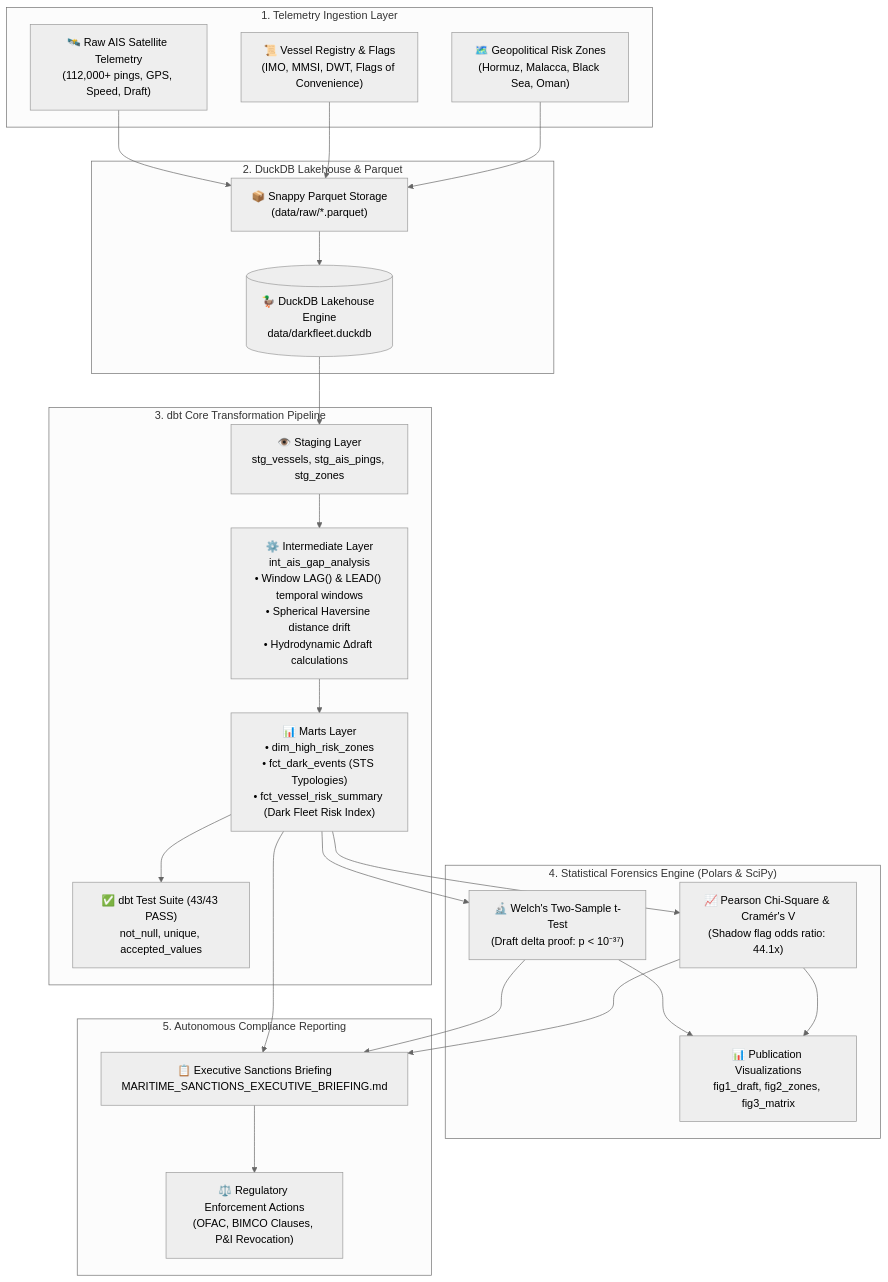
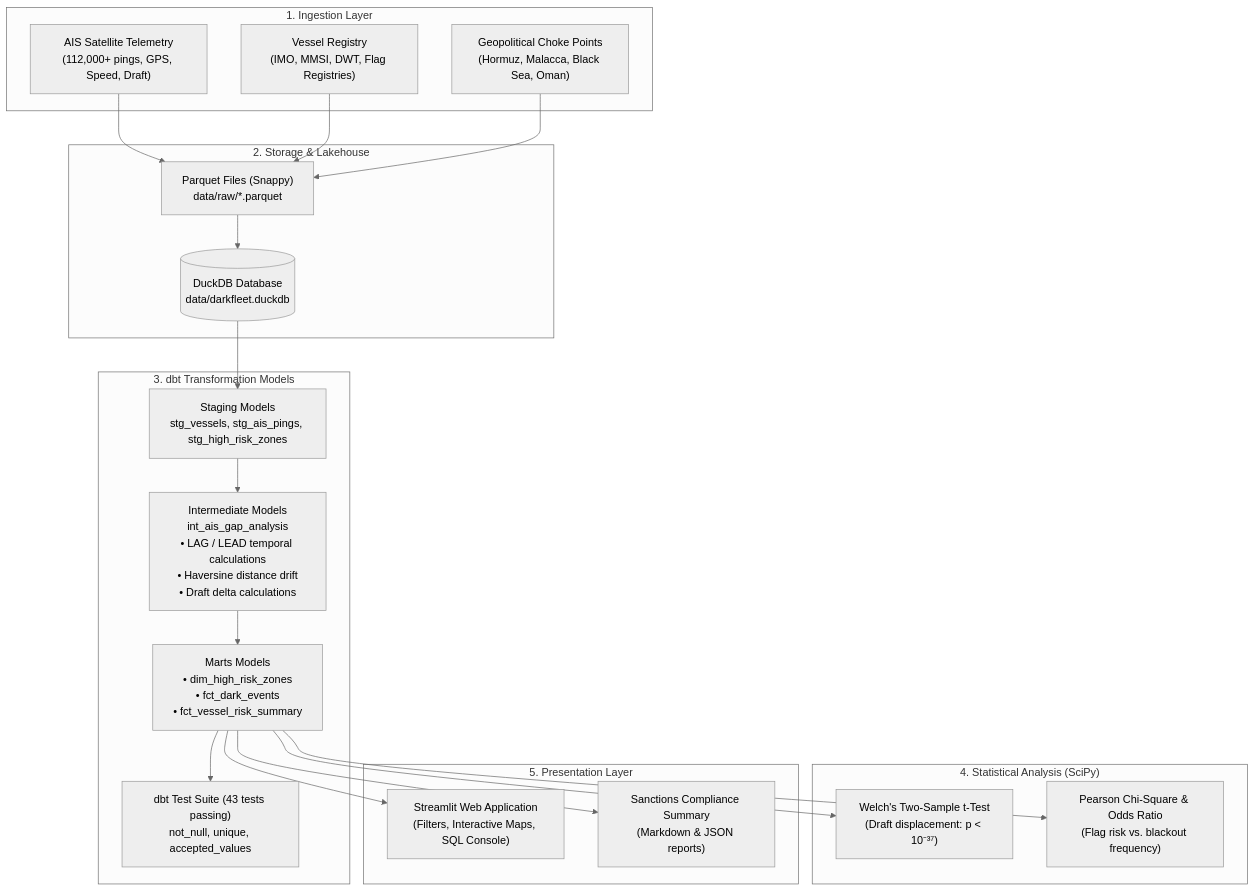
The diagram in README.md (ktkartik1234-lgtm/DarkFleet-IQ), drawn with Mermaid (neutral theme) before and after one commit. The commit also changed other lines of this file, not shown here.

````diff
--- a/README.md
+++ b/README.md
@@ -36,48 +33,43 @@
 ```mermaid
 flowchart TD
-    subgraph INGESTION ["1. Telemetry Ingestion Layer"]
-        A["🛰️ Raw AIS Satellite Telemetry<br/>(112,000+ pings, GPS, Speed, Draft)"]
-        B["📜 Vessel Registry & Flags<br/>(IMO, MMSI, DWT, Flags of Convenience)"]
-        C["🗺️ Geopolitical Risk Zones<br/>(Hormuz, Malacca, Black Sea, Oman)"]
+    subgraph INGESTION ["1. Ingestion Layer"]
+        A["AIS Satellite Telemetry<br/>(112,000+ pings, GPS, Speed, Draft)"]
+        B["Vessel Registry<br/>(IMO, MMSI, DWT, Flag Registries)"]
+        C["Geopolitical Choke Points<br/>(Hormuz, Malacca, Black Sea, Oman)"]
     end
 
-    subgraph LAKEHOUSE ["2. DuckDB Lakehouse & Parquet"]
-        D["📦 Snappy Parquet Storage<br/>(data/raw/*.parquet)"]
-        E[("🦆 DuckDB Lakehouse Engine<br/>data/darkfleet.duckdb")]
+    subgraph STORAGE ["2. Storage & Lakehouse"]
+        D["Parquet Files (Snappy)<br/>data/raw/*.parquet"]
+        E[("DuckDB Database<br/>data/darkfleet.duckdb")]
     end
 
-    subgraph DBT ["3. dbt Core Transformation Pipeline"]
-        F["👁️ Staging Layer<br/>stg_vessels, stg_ais_pings, stg_zones"]
-        G["⚙️ Intermediate Layer<br/>int_ais_gap_analysis<br/>• Window LAG() & LEAD() temporal windows<br/>• Spherical Haversine distance drift<br/>• Hydrodynamic Δdraft calculations"]
-        H["📊 Marts Layer<br/>• dim_high_risk_zones<br/>• fct_dark_events (STS Typologies)<br/>• fct_vessel_risk_summary (Dark Fleet Risk Index)"]
-        I["✅ dbt Test Suite (43/43 PASS)<br/>not_null, unique, accepted_values"]
+    subgraph DBT ["3. dbt Transformation Models"]
+        F["Staging Models<br/>stg_vessels, stg_ais_pings, stg_high_risk_zones"]
+        G["Intermediate Models<br/>int_ais_gap_analysis<br/>• LAG / LEAD temporal calculations<br/>• Haversine distance drift<br/>• Draft delta calculations"]
+        H["Marts Models<br/>• dim_high_risk_zones<br/>• fct_dark_events<br/>• fct_vessel_risk_summary"]
+        I["dbt Test Suite (43 tests passing)<br/>not_null, unique, accepted_values"]
     end
 
-    subgraph FORENSICS ["4. Statistical Forensics Engine (Polars & SciPy)"]
-        J["🔬 Welch's Two-Sample t-Test<br/>(Draft delta proof: p < 10⁻³⁷)"]
-        K["📈 Pearson Chi-Square & Cramér's V<br/>(Shadow flag odds ratio: 44.1x)"]
-        L["📊 Publication Visualizations<br/>fig1_draft, fig2_zones, fig3_matrix"]
+    subgraph ANALYSIS ["4. Statistical Analysis (SciPy)"]
+        J["Welch's Two-Sample t-Test<br/>(Draft displacement: p < 10⁻³⁷)"]
+        K["Pearson Chi-Square & Odds Ratio<br/>(Flag risk vs. blackout frequency)"]
     end
 
-    subgraph BRIEFING ["5. Autonomous Compliance Reporting"]
-        M["📋 Executive Sanctions Briefing<br/>MARITIME_SANCTIONS_EXECUTIVE_BRIEFING.md"]
-        N["⚖️ Regulatory Enforcement Actions<br/>(OFAC, BIMCO Clauses, P&I Revocation)"]
+    subgraph INTERFACE ["5. Presentation Layer"]
+        L["Streamlit Web Application<br/>(Filters, Interactive Maps, SQL Console)"]
+        M["Sanctions Compliance Summary<br/>(Markdown & JSON reports)"]
     end
 
     A --> D
     B --> D
     C --> D
     D --> E
     E --> F
     F --> G
     G --> H
     H --> I
     H --> J
     H --> K
-    J --> L
-    K --> L
+    H --> L
     H --> M
-    J --> M
-    K --> M
-    M --> N
 ```
````
